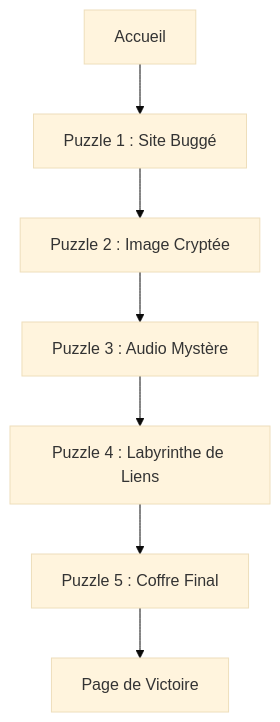
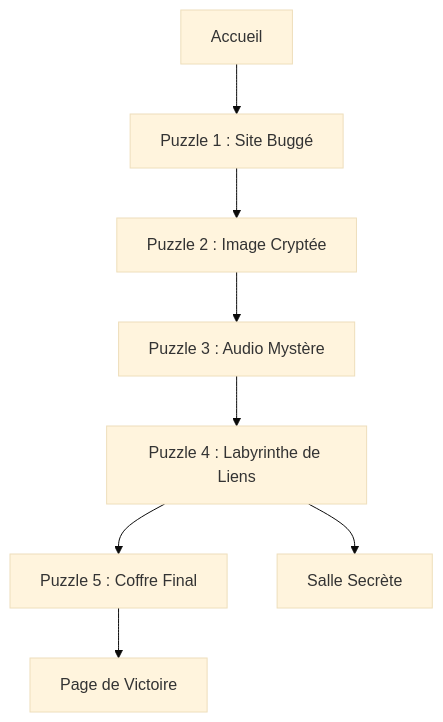
One commit to sachato/hack-me changed the diagram in readme.md. Above: the diagram before and after it, drawn with Mermaid (base theme). The commit also changed other lines of this file and 2 other files, not shown here.

````diff
--- a/readme.md
+++ b/readme.md
@@ -100,9 +99,10 @@
 ```mermaid
 graph TD
     A[Accueil] --> B[Puzzle 1 : Site Buggé]
     B --> C[Puzzle 2 : Image Cryptée]
     C --> D[Puzzle 3 : Audio Mystère]
     D --> E[Puzzle 4 : Labyrinthe de Liens]
     E --> F[Puzzle 5 : Coffre Final]
+    E --> H[Salle Secrète]
     F --> G[Page de Victoire]
 ```
````
